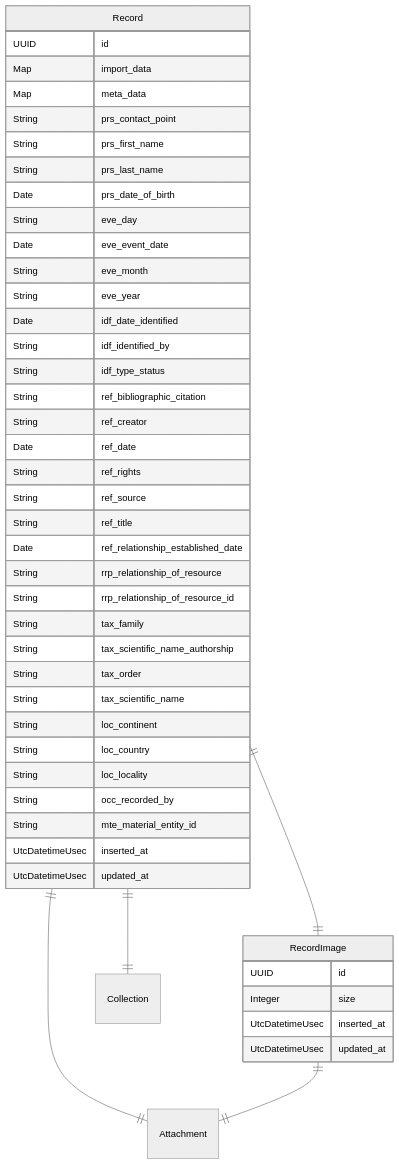
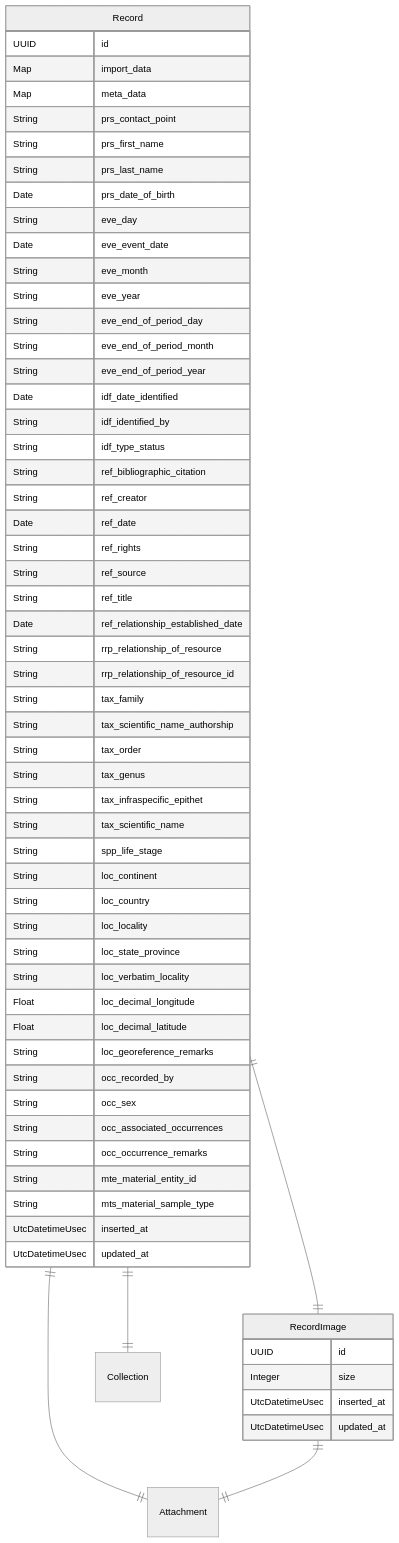
One commit to zebbra/data_aggregator changed the fourth of 8 diagrams in docs/api.md. Above: the diagram before and after it, drawn with Mermaid (neutral theme). The commit also changed other lines of this file and 15 other files, not shown here.

````diff
--- a/docs/api.md
+++ b/docs/api.md
@@ -259,50 +275,65 @@
 ```mermaid
 erDiagram
     Record {
         UUID id
         Map import_data
         Map meta_data
         String prs_contact_point
         String prs_first_name
         String prs_last_name
         Date prs_date_of_birth
         String eve_day
         Date eve_event_date
         String eve_month
         String eve_year
+        String eve_end_of_period_day
+        String eve_end_of_period_month
+        String eve_end_of_period_year
         Date idf_date_identified
         String idf_identified_by
         String idf_type_status
         String ref_bibliographic_citation
         String ref_creator
         Date ref_date
         String ref_rights
         String ref_source
         String ref_title
         Date ref_relationship_established_date
         String rrp_relationship_of_resource
         String rrp_relationship_of_resource_id
         String tax_family
         String tax_scientific_name_authorship
         String tax_order
+        String tax_genus
+        String tax_infraspecific_epithet
         String tax_scientific_name
+        String spp_life_stage
         String loc_continent
         String loc_country
         String loc_locality
+        String loc_state_province
+        String loc_verbatim_locality
+        Float loc_decimal_longitude
+        Float loc_decimal_latitude
+        String loc_georeference_remarks
         String occ_recorded_by
+        String occ_sex
+        String occ_associated_occurrences
+        String occ_occurrence_remarks
         String mte_material_entity_id
+        String mts_material_sample_type
         UtcDatetimeUsec inserted_at
         UtcDatetimeUsec updated_at
     }
     RecordImage {
         UUID id
         Integer size
         UtcDatetimeUsec inserted_at
         UtcDatetimeUsec updated_at
     }
 
     Record ||--|| RecordImage : ""
     Record ||--|| Attachment : ""
     Record ||--|| Collection : ""
     RecordImage ||--|| Attachment : ""
 ```
````
